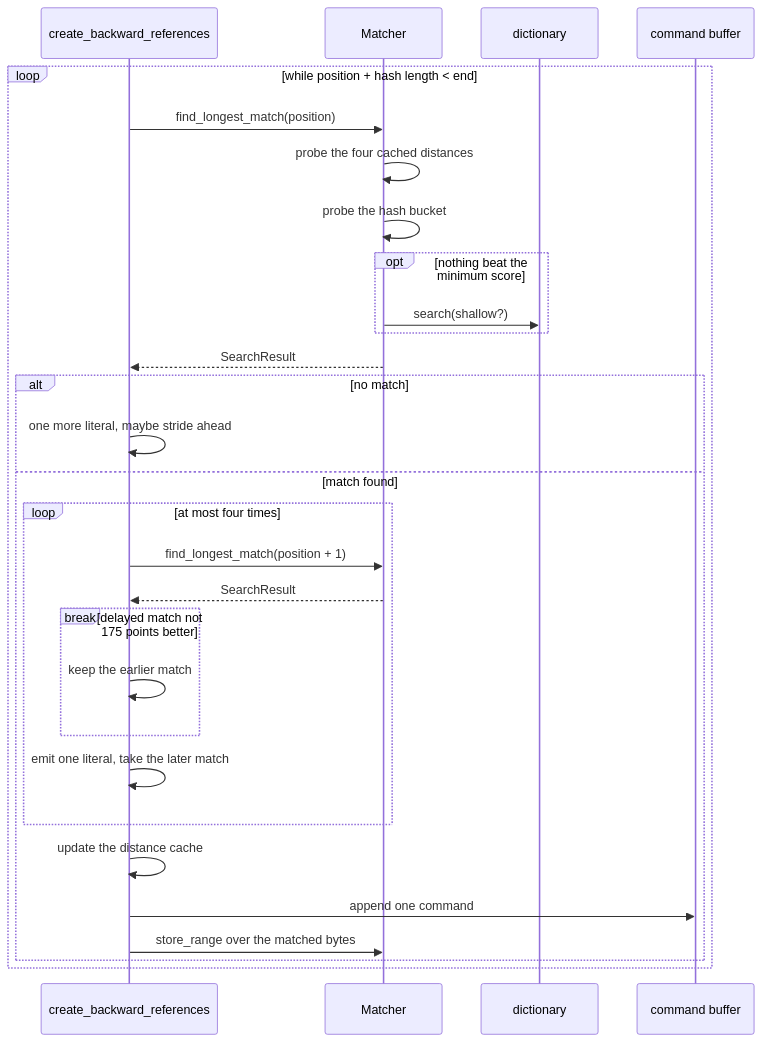
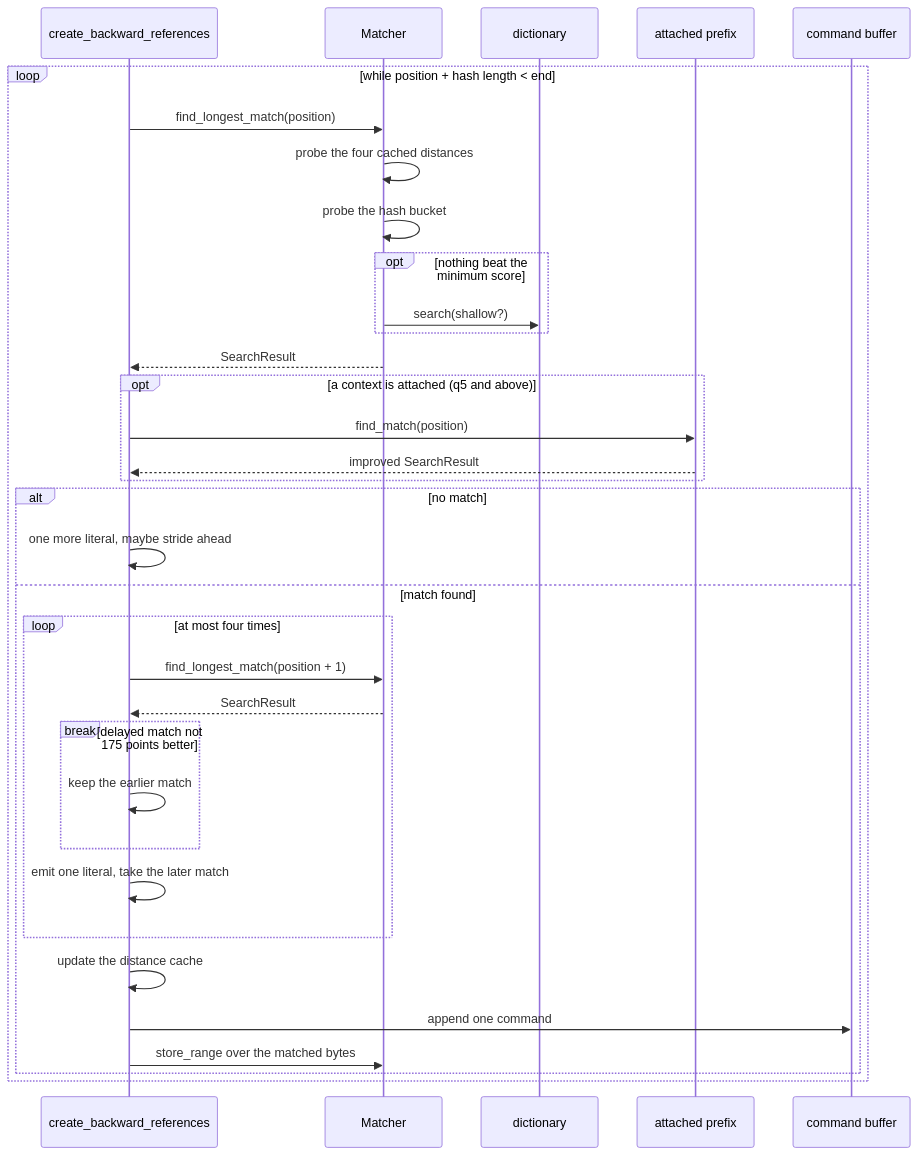
Before and after one commit to Mnwa/mbrotli: the fourth of 9 diagrams in architecture/greedy-encoder.md, drawn with Mermaid. The commit also changed other lines of this file and 59 other files, not shown here.

````diff
--- a/architecture/greedy-encoder.md
+++ b/architecture/greedy-encoder.md
@@ -242,32 +270,37 @@
 ```mermaid
 sequenceDiagram
     participant Search as create_backward_references
     participant Finder as Matcher
     participant Dict as dictionary
+    participant Prefix as attached prefix
     participant Cmds as command buffer
 
     loop while position + hash length < end
         Search->>Finder: find_longest_match(position)
         Finder->>Finder: probe the four cached distances
         Finder->>Finder: probe the hash bucket
         opt nothing beat the minimum score
             Finder->>Dict: search(shallow?)
         end
         Finder-->>Search: SearchResult
+        opt a context is attached (q5 and above)
+            Search->>Prefix: find_match(position)
+            Prefix-->>Search: improved SearchResult
+        end
         alt no match
             Search->>Search: one more literal, maybe stride ahead
         else match found
             loop at most four times
                 Search->>Finder: find_longest_match(position + 1)
                 Finder-->>Search: SearchResult
                 break delayed match not 175 points better
                     Search->>Search: keep the earlier match
                 end
                 Search->>Search: emit one literal, take the later match
             end
             Search->>Search: update the distance cache
             Search->>Cmds: append one command
             Search->>Finder: store_range over the matched bytes
         end
     end
 ```
````
